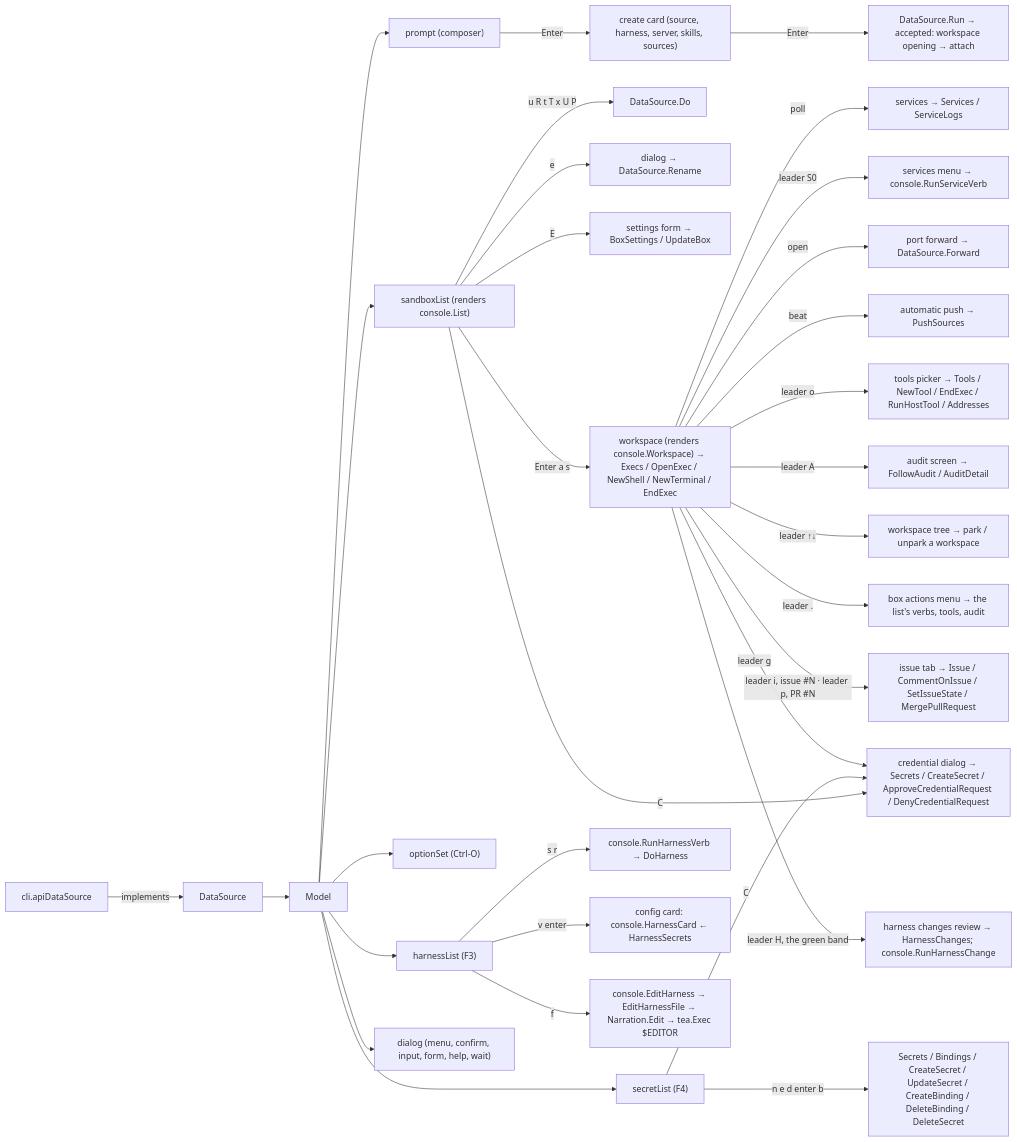
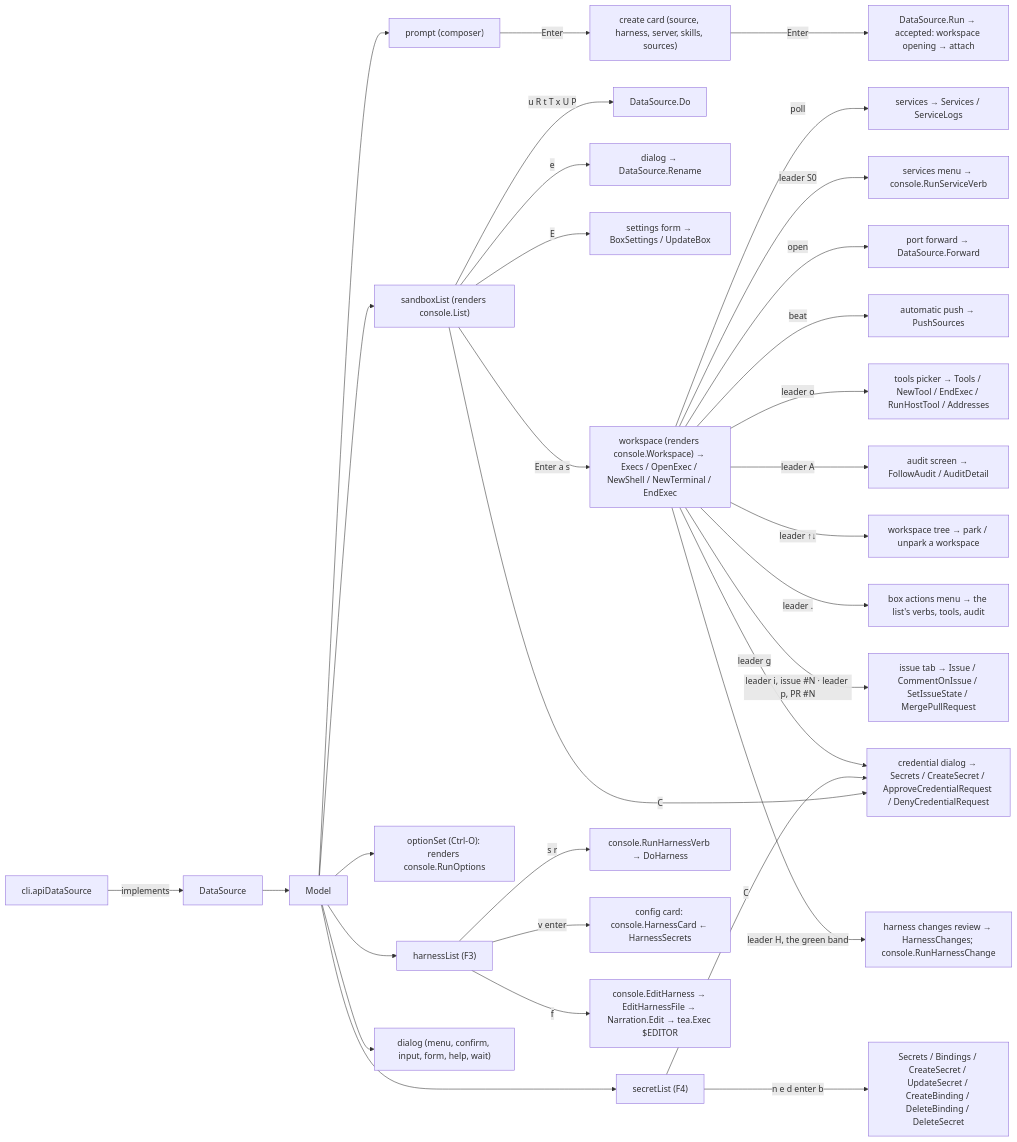
Before and after one commit to discobox-ai/discobox: the first of 2 diagrams in cli/internal/tui/DESIGN.md, drawn with Mermaid. The commit also changed other lines of this file and 30 other files, not shown here.

First line of the commit message:
feat(console): the run options and a create's questions are the core's

````diff
--- a/cli/internal/tui/DESIGN.md
+++ b/cli/internal/tui/DESIGN.md
@@ -14,34 +14,34 @@
 ```mermaid
 flowchart LR
     CLI["cli.apiDataSource"] -->|implements| DS["DataSource"]
     DS --> M["Model"]
     M --> P["prompt (composer)"]
     M --> L["sandboxList (renders console.List)"]
-    M --> O["optionSet (Ctrl-O)"]
+    M --> O["optionSet (Ctrl-O): renders console.RunOptions"]
     M --> A["harnessList (F3)"]
     M --> D["dialog (menu, confirm, input, form, help, wait)"]
     P -->|Enter| Card["create card (source, harness, server, skills, sources)"]
     Card -->|Enter| Run["DataSource.Run → accepted: workspace opening → attach"]
     L -->|u R t T x U P| Verb["DataSource.Do"]
     L -->|e| Rename["dialog → DataSource.Rename"]
     L -->|E| Settings["settings form → BoxSettings / UpdateBox"]
     L -->|Enter a s| WS["workspace (renders console.Workspace) → Execs / OpenExec / NewShell / NewTerminal / EndExec"]
     WS -->|poll| Svc["services → Services / ServiceLogs"]
     WS -->|leader S0| SvcMenu["services menu → console.RunServiceVerb"]
     WS -->|open| Fwd["port forward → DataSource.Forward"]
     WS -->|beat| Push["automatic push → PushSources"]
     L -->|C| Cred["credential dialog → Secrets / CreateSecret / ApproveCredentialRequest / DenyCredentialRequest"]
     M --> S["secretList (F4)"]
     S -->|n e d enter b| SVerb["Secrets / Bindings / CreateSecret / UpdateSecret / CreateBinding / DeleteBinding / DeleteSecret"]
     S -->|C| Cred
     WS -->|leader g| Cred
     WS -->|leader o| T["tools picker → Tools / NewTool / EndExec / RunHostTool / Addresses"]
     WS -->|leader A| Aud["audit screen → FollowAudit / AuditDetail"]
     WS -->|leader ↑↓| Tree["workspace tree → park / unpark a workspace"]
     WS -->|leader .| Menu["box actions menu → the list's verbs, tools, audit"]
     WS -->|leader i, issue #N · leader p, PR #N| Iss["issue tab → Issue / CommentOnIssue / SetIssueState / MergePullRequest"]
     A -->|s r| AVerb["console.RunHarnessVerb → DoHarness"]
     A -->|v enter| ACard["config card: console.HarnessCard ← HarnessSecrets"]
     A -->|f| AExec["console.EditHarness → EditHarnessFile → Narration.Edit → tea.Exec $EDITOR"]
     WS -->|leader H, the green band| HC["harness changes review → HarnessChanges; console.RunHarnessChange"]
 ```
````
